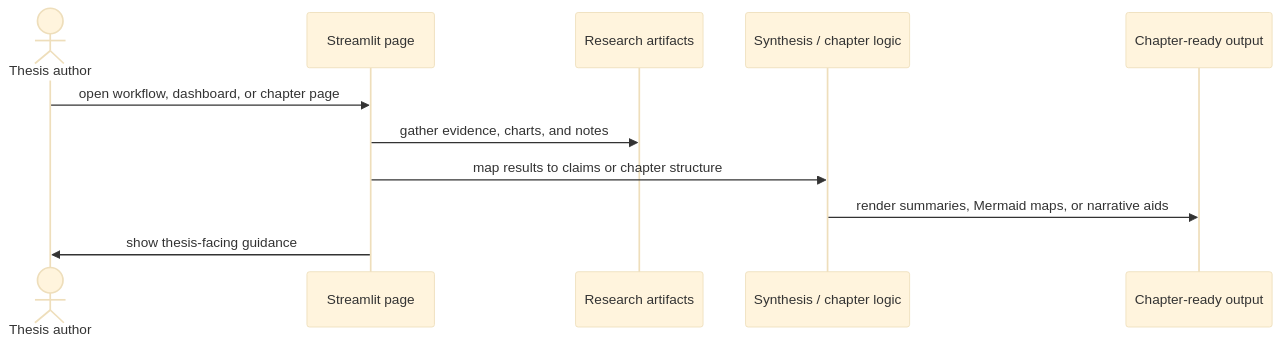
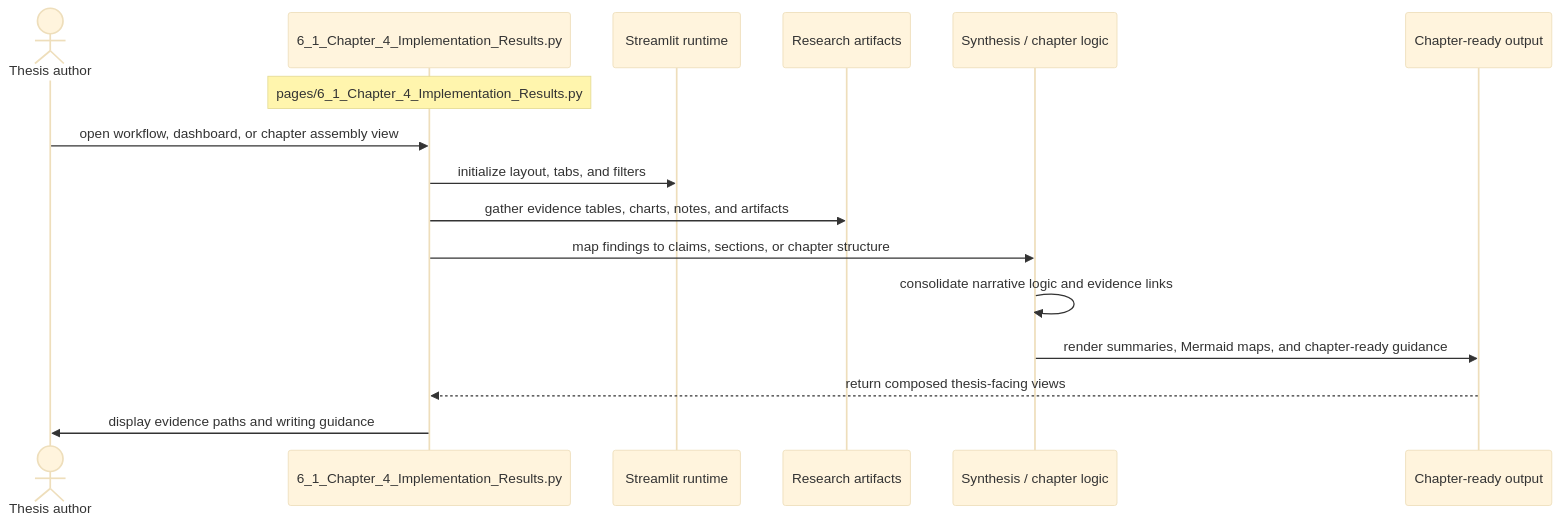
The diagram in new_page/documentation/streamlit_pages/mermaid_sequence_diagram/6_1_Chapter_4_Implementation_Results.md (darisdzakwanhoesien2/benchmarks), drawn with Mermaid (base theme) before and after one commit. The commit also changed other lines of this file and 49 other files, not shown here.

Commit message:
Adding Documentation with Mermaid Sequence Diagram

````diff
--- a/new_page/documentation/streamlit_pages/mermaid_sequence_diagram/6_1_Chapter_4_Implementation_Results.md
+++ b/new_page/documentation/streamlit_pages/mermaid_sequence_diagram/6_1_Chapter_4_Implementation_Results.md
@@ -7,13 +15,18 @@
 ```mermaid
 sequenceDiagram
     actor User as Thesis author
-    participant page as Streamlit page
+    participant page as 6_1_Chapter_4_Implementation_Results.py
+    participant runtime as Streamlit runtime
     participant data as Research artifacts
     participant compute as Synthesis / chapter logic
     participant output as Chapter-ready output
-    User->>page: open workflow, dashboard, or chapter page
-    page->>data: gather evidence, charts, and notes
-    page->>compute: map results to claims or chapter structure
-    compute->>output: render summaries, Mermaid maps, or narrative aids
-    page->>User: show thesis-facing guidance
+    Note over page: pages/6_1_Chapter_4_Implementation_Results.py
+    User->>page: open workflow, dashboard, or chapter assembly view
+    page->>runtime: initialize layout, tabs, and filters
+    page->>data: gather evidence tables, charts, notes, and artifacts
+    page->>compute: map findings to claims, sections, or chapter structure
+    compute->>compute: consolidate narrative logic and evidence links
+    compute->>output: render summaries, Mermaid maps, and chapter-ready guidance
+    output-->>page: return composed thesis-facing views
+    page->>User: display evidence paths and writing guidance
 ```
````
